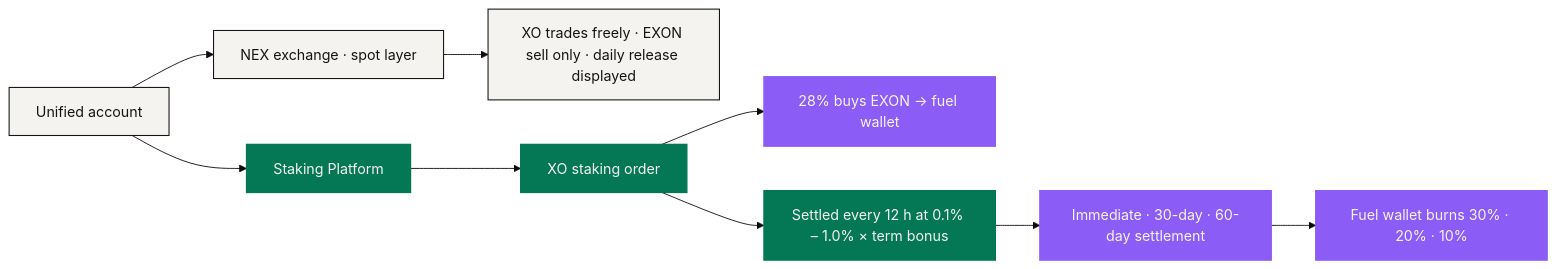
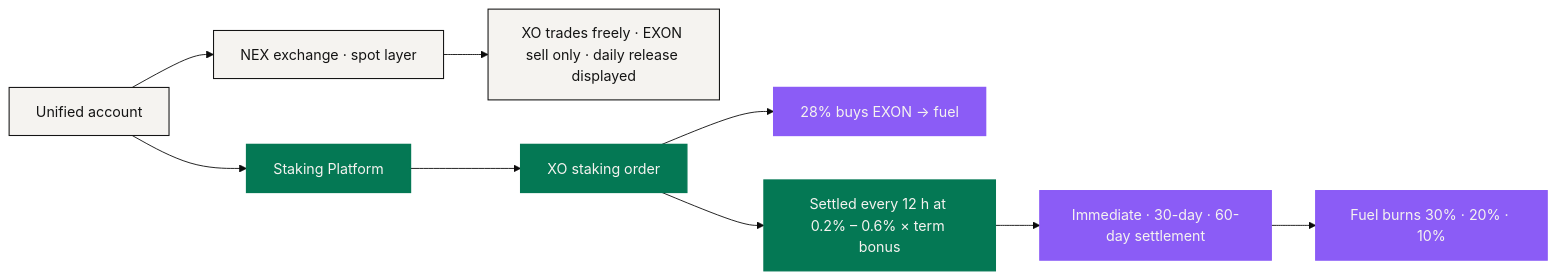
The diagram in docs/en/03-architecture/trust-and-bonding.md (NEXONMarkets/NEXON-Whitepaper), drawn with Mermaid (base theme) before and after one commit. The commit also changed other lines of this file and 64 other files, not shown here.

````diff
--- a/docs/en/03-architecture/trust-and-bonding.md
+++ b/docs/en/03-architecture/trust-and-bonding.md
@@ -14,17 +14,17 @@
 ```mermaid
 flowchart LR
     A["Unified account"] --> E["NEX exchange · spot layer"]
     A --> S["Staking Platform"]
     E --> X["XO trades freely · EXON sell only · daily release displayed"]
     S --> O["XO staking order"]
-    O --> F["28% buys EXON → fuel wallet"]
-    O --> R["Settled every 12 h at 0.1% – 1.0% × term bonus"]
+    O --> F["28% buys EXON → fuel"]
+    O --> R["Settled every 12 h at 0.2% – 0.6% × term bonus"]
     R --> D["Immediate · 30-day · 60-day settlement"]
-    D --> B["Fuel wallet burns 30% · 20% · 10%"]
+    D --> B["Fuel burns 30% · 20% · 10%"]
     classDef anchor fill:#047854,stroke:#047854,stroke-width:1.5px,color:#F5F3F0
     classDef engine fill:#8B5CF6,stroke:#8B5CF6,stroke-width:1.5px,color:#F5F3F0
     classDef solid fill:#F5F3F0,stroke:#141414,stroke-width:1.2px,color:#141414
     class A,E,X solid
     class S,O,R anchor
     class F,D,B engine
 ```
````
